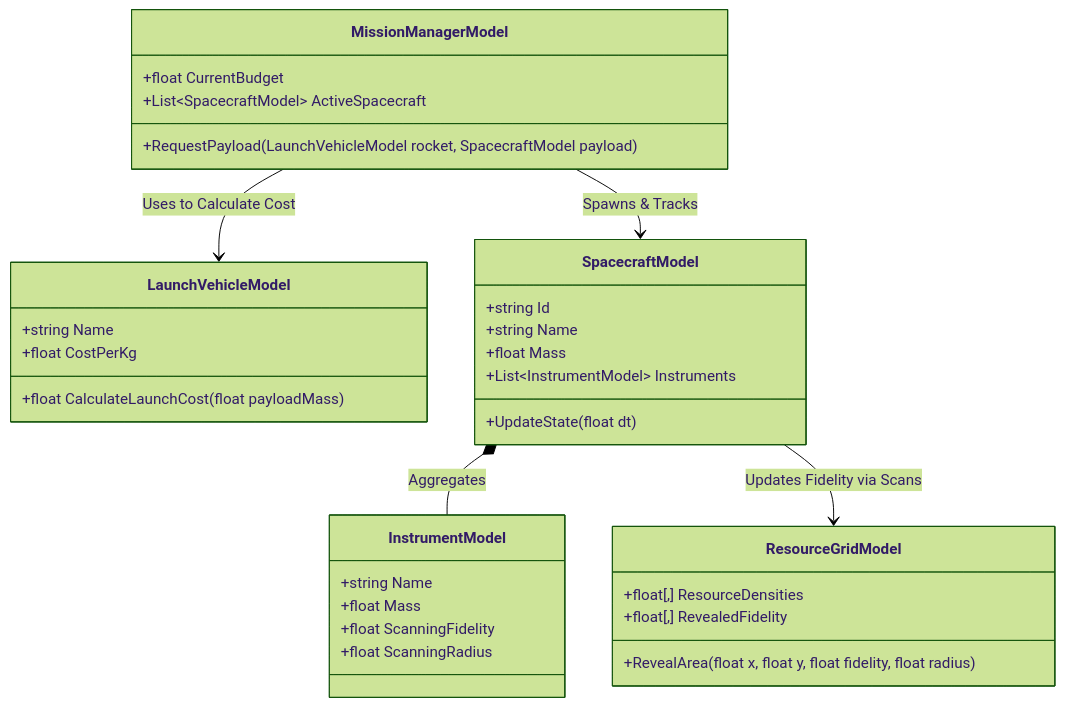
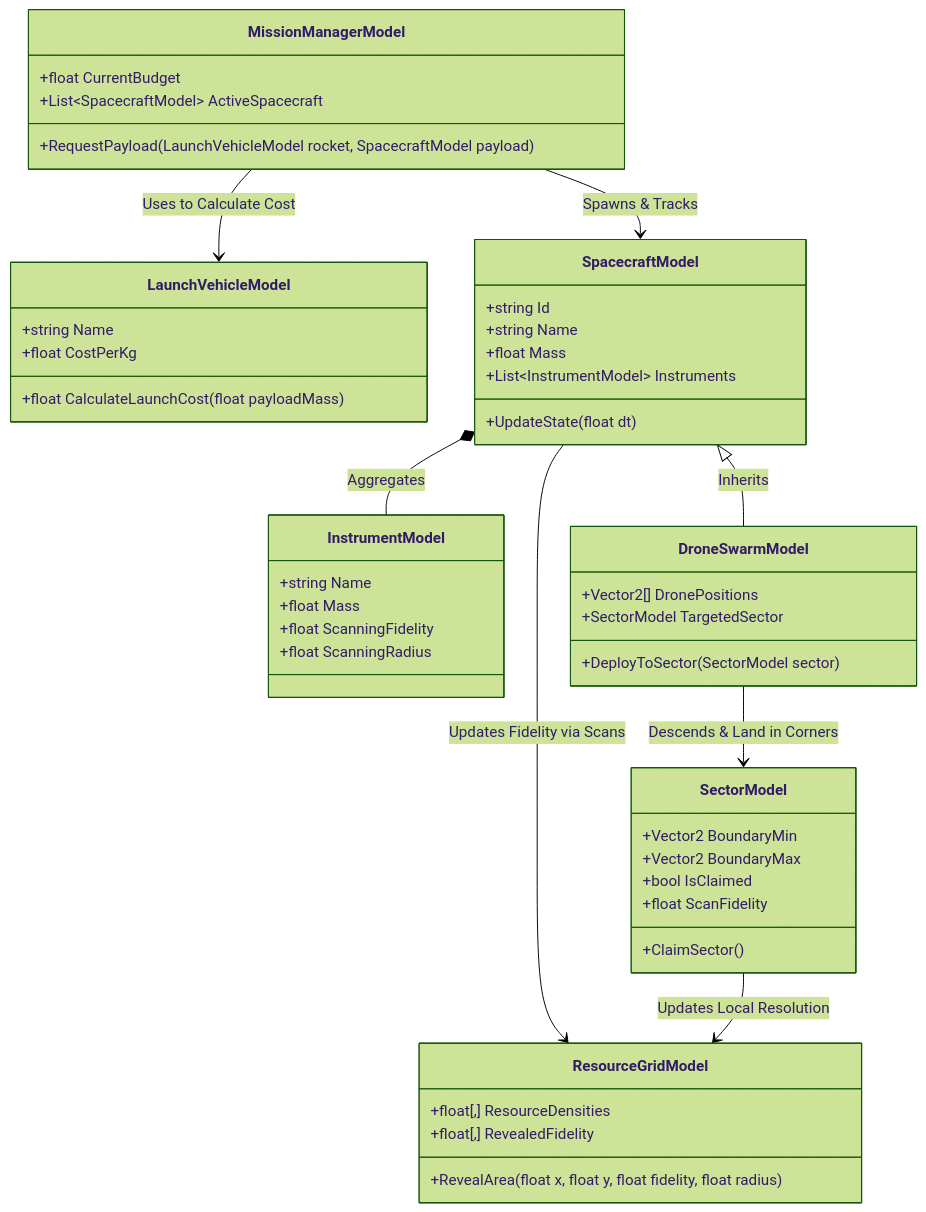
The diagram in docs/explanation/models.md (mnaatjes/moonfall), drawn with Mermaid (forest theme) before and after one commit. The commit also changed other lines of this file and 1 other file, not shown here.

Commit message:
edit docs/reference/drone-swarm

````diff
--- a/docs/explanation/models.md
+++ b/docs/explanation/models.md
@@ -57,40 +75,57 @@
 ```mermaid
 classDiagram
     class LaunchVehicleModel {
         +string Name
         +float CostPerKg
         +float CalculateLaunchCost(float payloadMass)
     }
 
     class SpacecraftModel {
         +string Id
         +string Name
         +float Mass
         +List~InstrumentModel~ Instruments
         +UpdateState(float dt)
     }
 
     class InstrumentModel {
         +string Name
         +float Mass
         +float ScanningFidelity
         +float ScanningRadius
     }
 
     class ResourceGridModel {
         +float[,] ResourceDensities
         +float[,] RevealedFidelity
         +RevealArea(float x, float y, float fidelity, float radius)
     }
 
     class MissionManagerModel {
         +float CurrentBudget
         +List~SpacecraftModel~ ActiveSpacecraft
         +RequestPayload(LaunchVehicleModel rocket, SpacecraftModel payload)
     }
 
+    class DroneSwarmModel {
+        +Vector2[] DronePositions
+        +SectorModel TargetedSector
+        +DeployToSector(SectorModel sector)
+    }
+
+    class SectorModel {
+        +Vector2 BoundaryMin
+        +Vector2 BoundaryMax
+        +bool IsClaimed
+        +float ScanFidelity
+        +ClaimSector()
+    }
+
     MissionManagerModel --> LaunchVehicleModel : Uses to Calculate Cost
     MissionManagerModel --> SpacecraftModel : Spawns & Tracks
     SpacecraftModel *-- InstrumentModel : Aggregates
     SpacecraftModel --> ResourceGridModel : Updates Fidelity via Scans
+    SpacecraftModel <|-- DroneSwarmModel : Inherits
+    DroneSwarmModel --> SectorModel : Descends & Land in Corners
+    SectorModel --> ResourceGridModel : Updates Local Resolution
 ```
````
